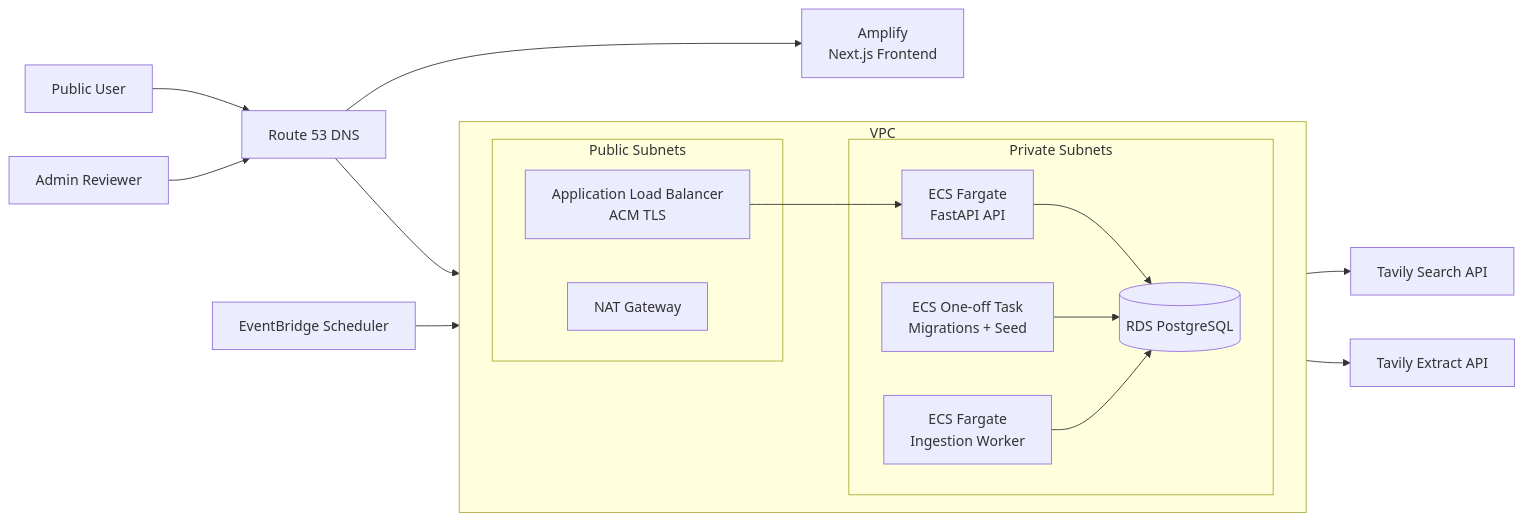
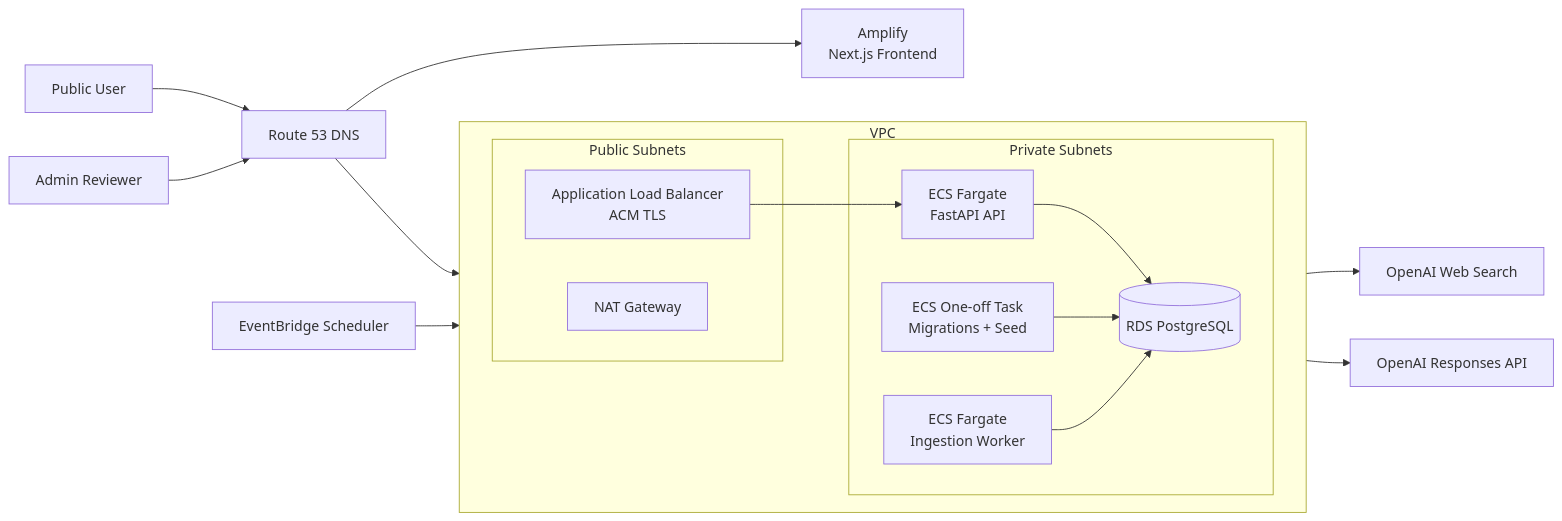
One commit to lblaseygg/coastal-watch changed the diagram in docs/architecture/aws.md. Above: the diagram before and after it, drawn with Mermaid. The commit also changed other lines of this file and 12 other files, not shown here.

Commit message:
Migrate worker pipeline from Tavily to OpenAI

````diff
--- a/docs/architecture/aws.md
+++ b/docs/architecture/aws.md
@@ -15,33 +15,33 @@
 ```mermaid
 flowchart LR
     User[Public User] --> Route53[Route 53 DNS]
     Admin[Admin Reviewer] --> Route53
 
     Route53 --> Amplify[Amplify<br/>Next.js Frontend]
     Route53 --> ALB[Application Load Balancer<br/>ACM TLS]
 
     subgraph VPC["VPC"]
         direction LR
 
         subgraph Public["Public Subnets"]
             ALB
             NAT[NAT Gateway]
         end
 
         subgraph Private["Private Subnets"]
             API[ECS Fargate<br/>FastAPI API]
             Worker[ECS Fargate<br/>Ingestion Worker]
             Init[ECS One-off Task<br/>Migrations + Seed]
             RDS[(RDS PostgreSQL)]
         end
     end
 
     ALB --> API
     API --> RDS
     Init --> RDS
 
     EventBridge[EventBridge Scheduler] --> Worker
-    Worker --> Search[Tavily Search API]
-    Worker --> Extract[Tavily Extract API]
+    Worker --> Search[OpenAI Web Search]
+    Worker --> Extract[OpenAI Responses API]
     Worker --> RDS
 ```
````
